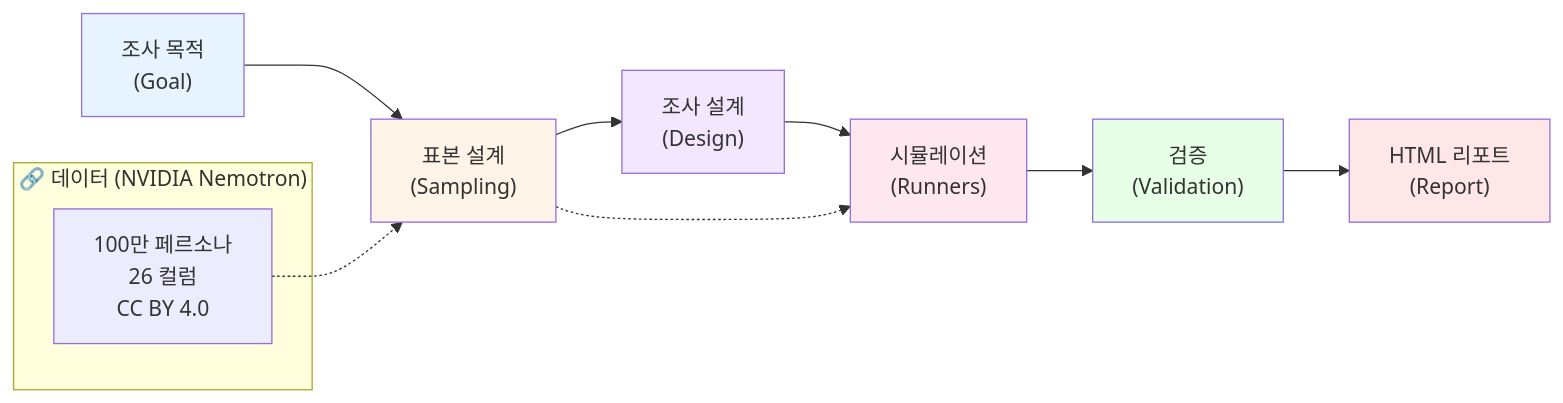
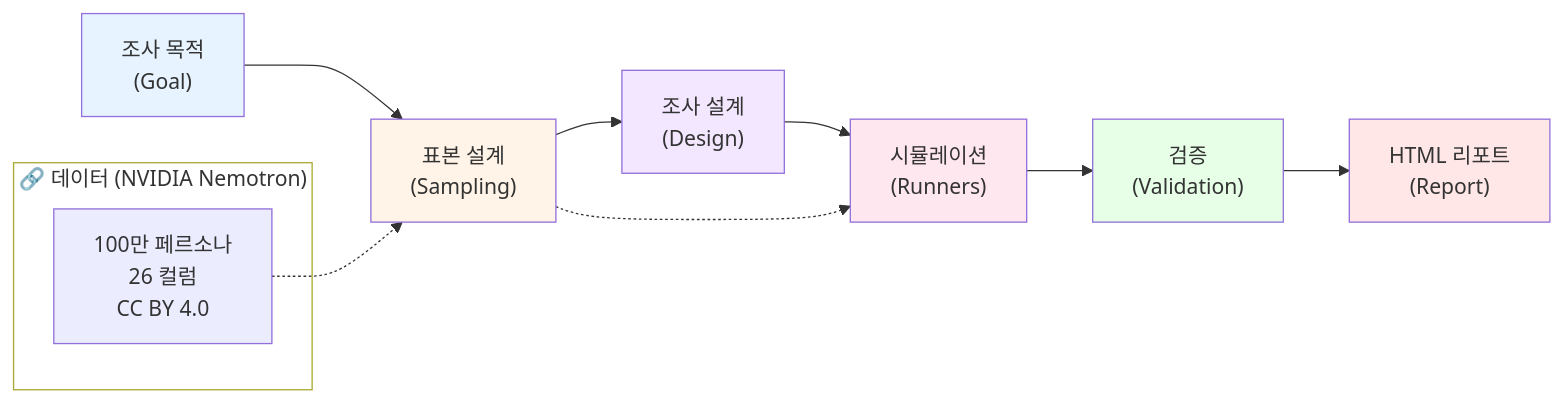
Before and after one commit to Power-xc/power-persona-sim: the diagram in README.md, drawn with Mermaid. The commit also changed other lines of this file, not shown here.

````diff
--- a/README.md
+++ b/README.md
@@ -25,22 +25,23 @@
 ```mermaid
 graph LR
     A["조사 목적<br/>(Goal)"] --> B["표본 설계<br/>(Sampling)"]
     B --> C["조사 설계<br/>(Design)"]
     C --> D["시뮬레이션<br/>(Runners)"]
     D --> E["검증<br/>(Validation)"]
     E --> F["HTML 리포트<br/>(Report)"]
     
     subgraph 데이터 ["🔗 데이터 (NVIDIA Nemotron)"]
         DS["100만 페르소나<br/>26 컬럼<br/>CC BY 4.0"]
     end
     
     DS -.-> B
     B -.-> D
     
+    style 데이터 fill:transparent
     style A fill:#e7f3ff
     style B fill:#fff4e7
     style C fill:#f3e7ff
     style D fill:#ffe7f0
     style E fill:#e7ffe7
     style F fill:#ffe7e7
 ```
````
